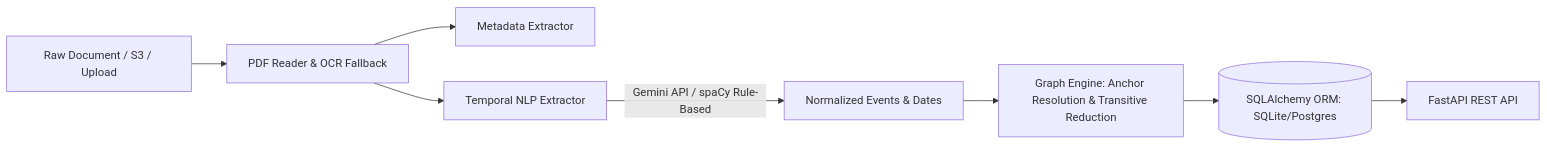
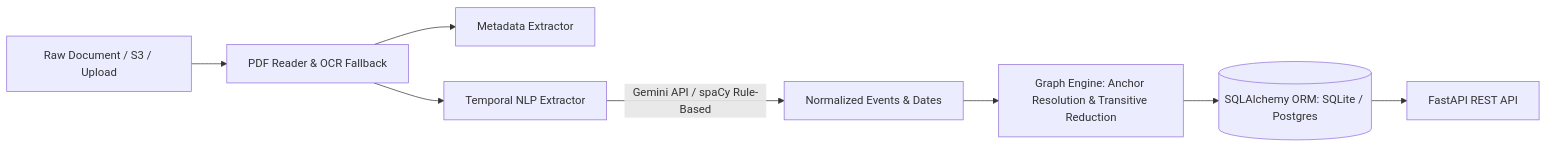
Before and after one commit to ynitishreddy/simple_legal_ai: the diagram in backend/README.md, drawn with Mermaid. The commit also changed 1 other file, not shown here.

Commit message:
Fix mermaid syntax parse error in README diagrams

````diff
--- a/backend/README.md
+++ b/backend/README.md
@@ -32,10 +32,10 @@
 ```mermaid
 flowchart LR
-    A[Raw Document / S3 / Upload] --> B[PDF Reader & OCR Fallback]
-    B --> C[Metadata Extractor]
-    B --> D[Temporal NLP Extractor]
-    D -->|Gemini API / spaCy Rule-Based| E[Normalized Events & Dates]
-    E --> F[Graph Engine: Anchor Resolution & Transitive Reduction]
-    F --> G[(SQLAlchemy ORM: SQLite/Postgres)]
-    G --> H[FastAPI REST API]
+    A["Raw Document / S3 / Upload"] --> B["PDF Reader & OCR Fallback"]
+    B --> C["Metadata Extractor"]
+    B --> D["Temporal NLP Extractor"]
+    D -->|"Gemini API / spaCy Rule-Based"| E["Normalized Events & Dates"]
+    E --> F["Graph Engine: Anchor Resolution & Transitive Reduction"]
+    F --> G[("SQLAlchemy ORM: SQLite / Postgres")]
+    G --> H["FastAPI REST API"]
 ```
````
